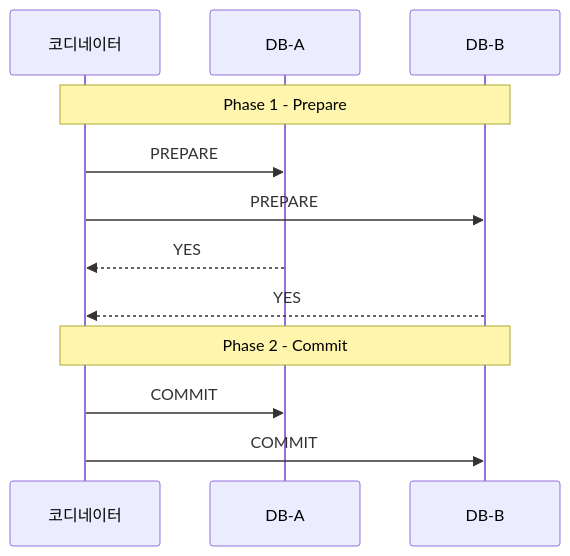
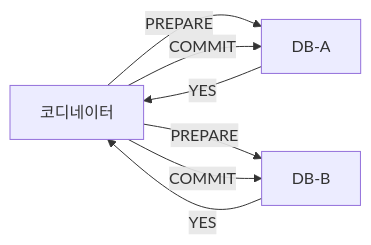
Before and after one commit to yjkim2015/yjkim2015.github.io: the second of 14 diagrams in _posts/architecture/2026-05-02-distributed-transaction-deep.md, drawn with Mermaid. The commit also changed other lines of this file and 50 other files, not shown here.

First line of the commit message:
stateDiagram 11개 graph LR 변환 + 테이블 빈 셀 17개 수정

````diff
--- a/_posts/architecture/2026-05-02-distributed-transaction-deep.md
+++ b/_posts/architecture/2026-05-02-distributed-transaction-deep.md
@@ -40,14 +40,9 @@
 ```mermaid
-sequenceDiagram
-    participant C as 코디네이터
-    participant A as DB-A
-    participant B as DB-B
-    Note over C,B: Phase 1 - Prepare
-    C->>A: PREPARE
-    C->>B: PREPARE
-    A-->>C: YES
-    B-->>C: YES
-    Note over C,B: Phase 2 - Commit
-    C->>A: COMMIT
-    C->>B: COMMIT
+graph LR
+    C["코디네이터"] -->|"PREPARE"| A["DB-A"]
+    C -->|"PREPARE"| B["DB-B"]
+    A -->|"YES"| C
+    B -->|"YES"| C
+    C -->|"COMMIT"| A
+    C -->|"COMMIT"| B
 ```
````
